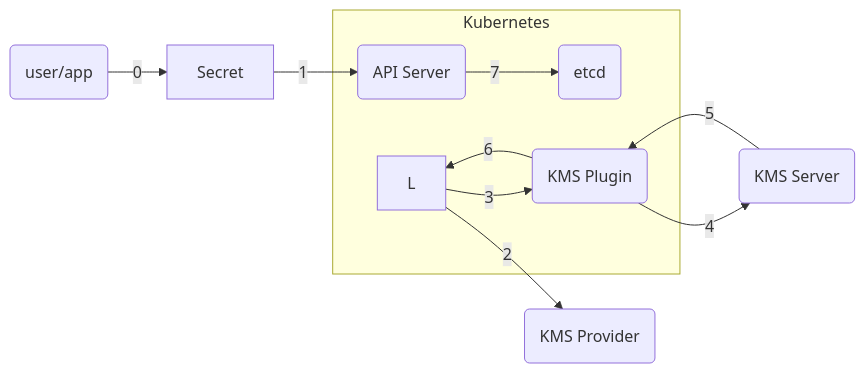
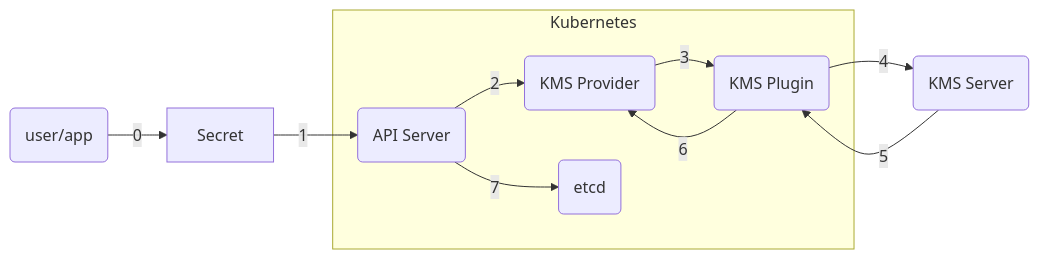
One commit to Trousseau-io/docs.trousseau.io changed the first of 6 diagrams in docs/trousseau/architecture.md. Above: the diagram before and after it, drawn with Mermaid.

````diff
--- a/docs/trousseau/architecture.md
+++ b/docs/trousseau/architecture.md
@@ -45,18 +45,18 @@
 ```mermaid
 graph LR
   A(user/app) --0--> B[Secret];
   B --1--> C(API Server);
-  L --2--> M(KMS Provider);
+  C --2--> L(KMS Provider);
   L --3--> D(KMS Plugin);
   D --4--> E(KMS Server);
   E --5--> D;
   D --6--> L;
   C --7--> F(etcd);
 
   subgraph Kubernetes
     C
     D
     F
     L
   end
 ```
````
